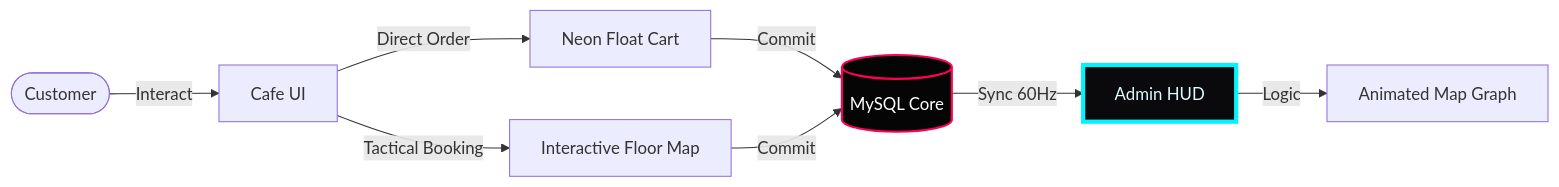
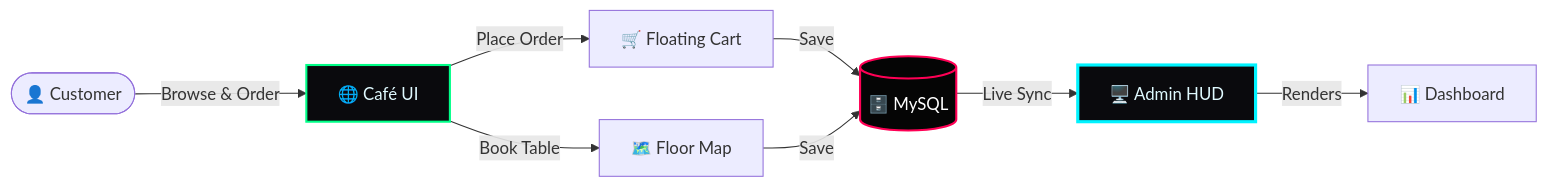
Before and after one commit to sarthakmohitesm/cafe: the diagram in README.md, drawn with Mermaid. The commit also changed other lines of this file, not shown here.

````diff
--- a/README.md
+++ b/README.md
@@ -38,15 +68,16 @@
 ```mermaid
 graph LR
-    User([Customer]) -- "Interact" --> Portal[Cafe UI]
-    Portal -- "Direct Order" --> Cart[Neon Float Cart]
-    Portal -- "Tactical Booking" --> Map[Interactive Floor Map]
-    
-    Cart -- "Commit" --> DB[(MySQL Core)]
-    Map -- "Commit" --> DB
-    
-    DB -- "Sync 60Hz" --> Admin[Admin HUD]
-    Admin -- "Logic" --> Visuals[Animated Map Graph]
-    
-    style Admin fill:#0a0a0d,stroke:#00f3ff,stroke-width:4px,color:#e0faff
-    style DB fill:#050505,stroke:#ff0055,stroke-width:2px,color:#fff
+    User([👤 Customer]) -- "Browse & Order" --> Portal[🌐 Café UI]
+    Portal -- "Place Order" --> Cart[🛒 Floating Cart]
+    Portal -- "Book Table" --> Map[🗺️ Floor Map]
+
+    Cart -- "Save" --> DB[(🗄️ MySQL)]
+    Map  -- "Save" --> DB
+
+    DB -- "Live Sync" --> Admin[🖥️ Admin HUD]
+    Admin -- "Renders" --> Visuals[📊 Dashboard]
+
+    style Admin fill:#0a0a0d,stroke:#00f3ff,stroke-width:3px,color:#e0faff
+    style DB    fill:#050505,stroke:#ff0055,stroke-width:2px,color:#fff
+    style Portal fill:#0a0a0d,stroke:#00ff88,stroke-width:2px,color:#e0faff
 ```
````
